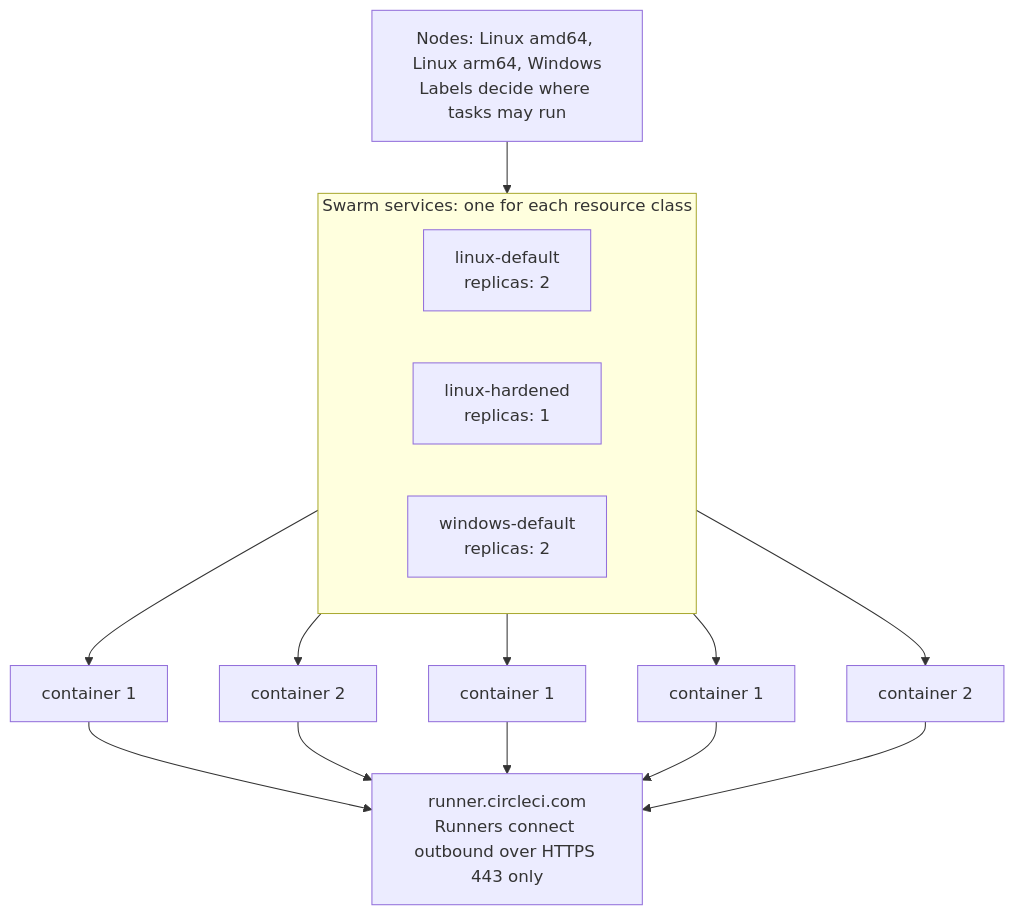
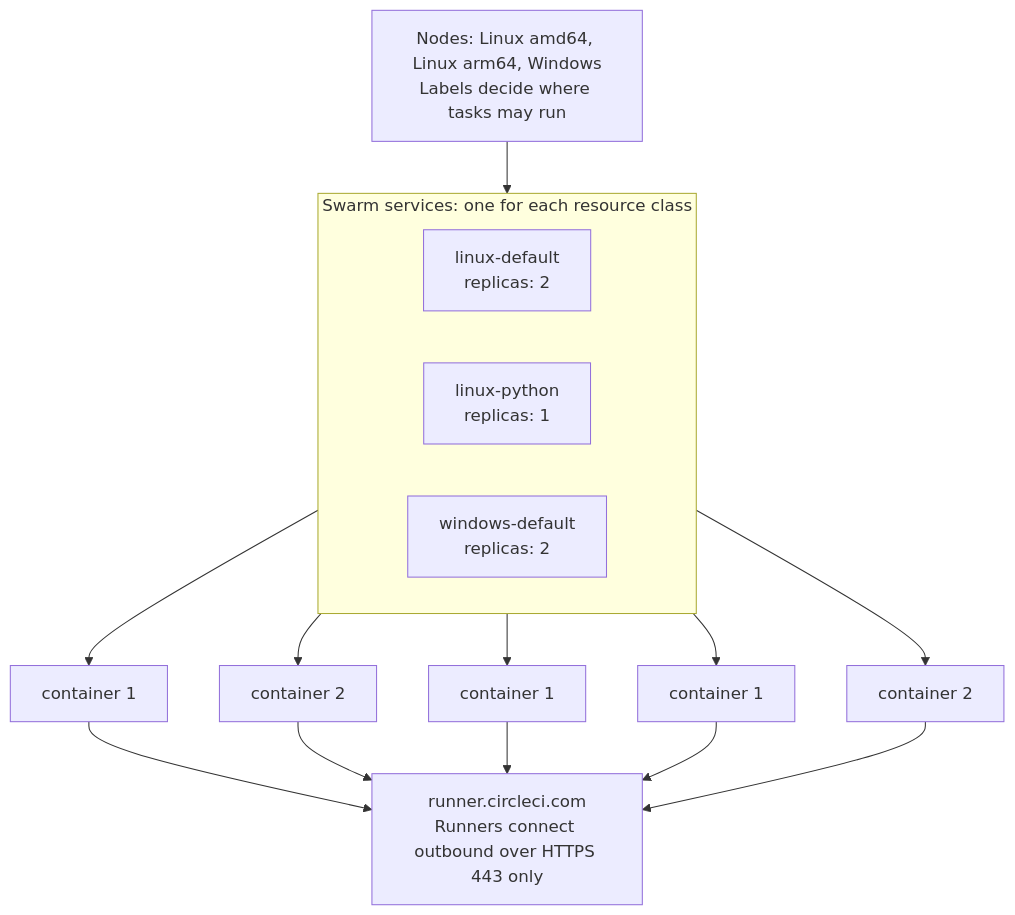
One commit to CircleCI-Labs/scalable-machine-runner changed the first of 3 diagrams in docs/concepts.md. Above: the diagram before and after it, drawn with Mermaid. The commit also changed other lines of this file and 16 other files, not shown here.

````diff
--- a/docs/concepts.md
+++ b/docs/concepts.md
@@ -26,24 +26,24 @@
 ```mermaid
 flowchart TB
   nodes["Nodes: Linux amd64, Linux arm64, Windows<br/>Labels decide where tasks may run"]
 
   subgraph services["Swarm services: one for each resource class"]
     direction LR
     s1["linux-default<br/>replicas: 2"]
-    s2["linux-hardened<br/>replicas: 1"]
+    s2["linux-python<br/>replicas: 1"]
     s3["windows-default<br/>replicas: 2"]
   end
 
   r1["container 1"]
   r2["container 2"]
   r3["container 1"]
   r4["container 1"]
   r5["container 2"]
   api["runner.circleci.com<br/>Runners connect outbound over HTTPS 443 only"]
 
   nodes --> services
   s1 --> r1 & r2
   s2 --> r3
   s3 --> r4 & r5
   r1 & r2 & r3 & r4 & r5 --> api
 ```
````
